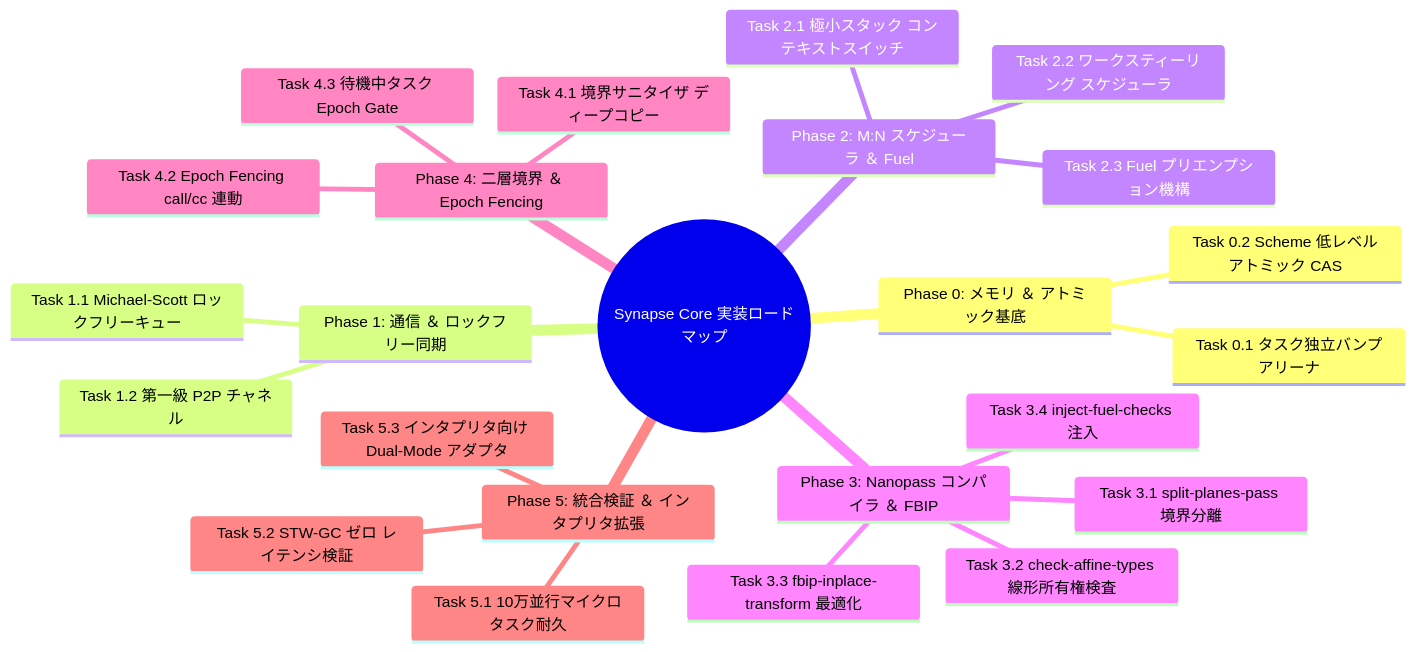
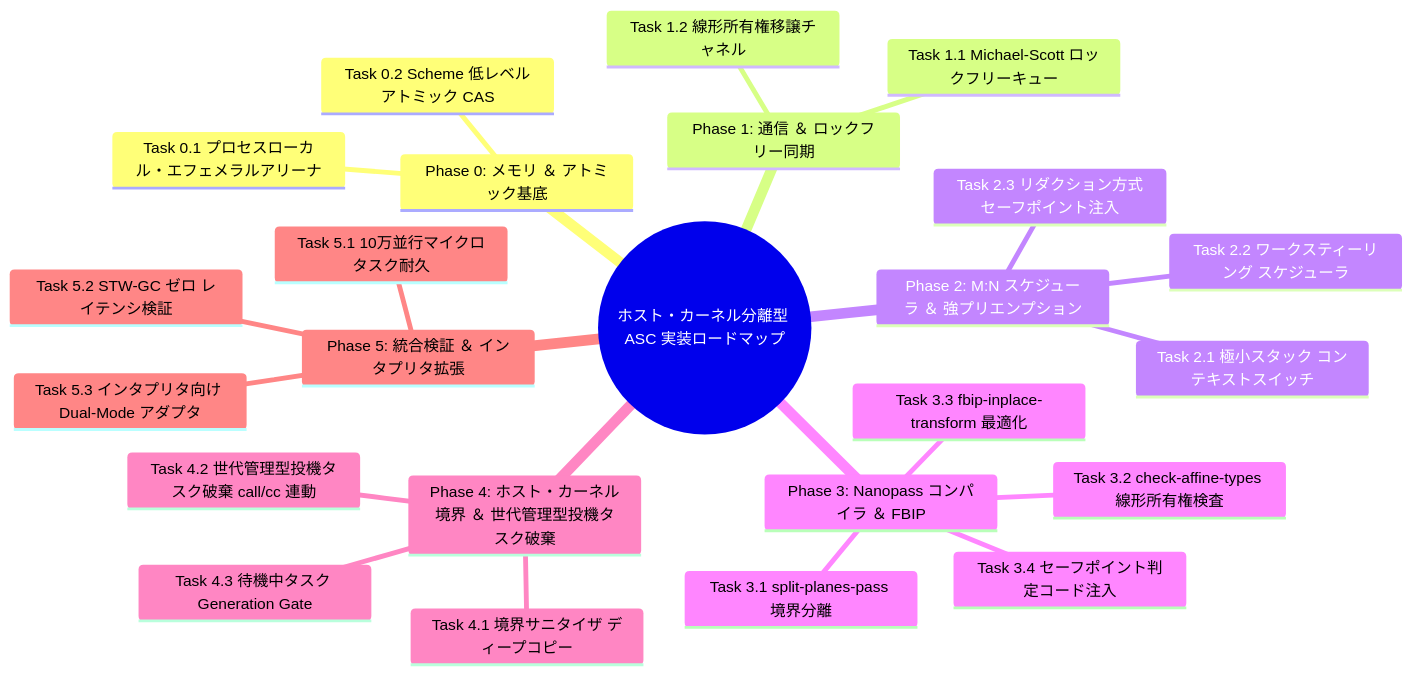
The seventh of 8 diagrams in docs/designs/DSN-37-synapse_dual_plane_concurrent_runtime_architecture.md (rokujyouhitoma/arxiv-security-papers), drawn with Mermaid before and after one commit. The commit also changed other lines of this file and 19 other files, not shown here.

First line of the commit message:
docs(dsn-37): standardize architecture terminology to standard CS concepts

````diff
--- a/docs/designs/DSN-37-synapse_dual_plane_concurrent_runtime_architecture.md
+++ b/docs/designs/DSN-37-synapse_dual_plane_concurrent_runtime_architecture.md
@@ -599,27 +599,27 @@
 ```mermaid
 mindmap
-  root((Synapse Core 実装ロードマップ))
+  root((ホスト・カーネル分離型 ASC 実装ロードマップ))
     Phase 0: メモリ ＆ アトミック基底
-      Task 0.1 タスク独立バンプアリーナ
+      Task 0.1 プロセスローカル・エフェメラルアリーナ
       Task 0.2 Scheme 低レベルアトミック CAS
     Phase 1: 通信 ＆ ロックフリー同期
       Task 1.1 Michael-Scott ロックフリーキュー
-      Task 1.2 第一級 P2P チャネル
-    Phase 2: M:N スケジューラ ＆ Fuel
+      Task 1.2 線形所有権移譲チャネル
+    Phase 2: M:N スケジューラ ＆ 強プリエンプション
       Task 2.1 極小スタック コンテキストスイッチ
       Task 2.2 ワークスティーリング スケジューラ
-      Task 2.3 Fuel プリエンプション機構
+      Task 2.3 リダクション方式セーフポイント注入
     Phase 3: Nanopass コンパイラ ＆ FBIP
       Task 3.1 split-planes-pass 境界分離
       Task 3.2 check-affine-types 線形所有権検査
       Task 3.3 fbip-inplace-transform 最適化
-      Task 3.4 inject-fuel-checks 注入
-    Phase 4: 二層境界 ＆ Epoch Fencing
+      Task 3.4 セーフポイント判定コード注入
+    Phase 4: ホスト・カーネル境界 ＆ 世代管理型投機タスク破棄
       Task 4.1 境界サニタイザ ディープコピー
-      Task 4.2 Epoch Fencing call/cc 連動
-      Task 4.3 待機中タスク Epoch Gate
+      Task 4.2 世代管理型投機タスク破棄 call/cc 連動
+      Task 4.3 待機中タスク Generation Gate
     Phase 5: 統合検証 ＆ インタプリタ拡張
       Task 5.1 10万並行マイクロタスク耐久
       Task 5.2 STW-GC ゼロ レイテンシ検証
       Task 5.3 インタプリタ向け Dual-Mode アダプタ
 ```
````
